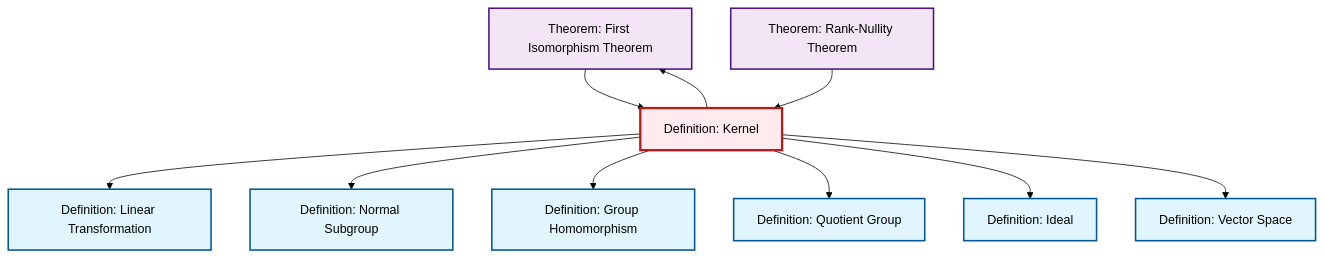
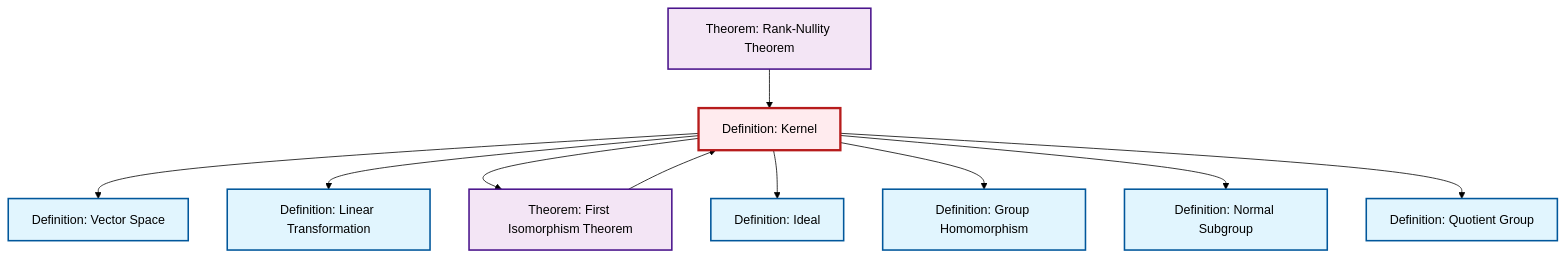
The diagram in content/en/algebra/def-kernel.qmd (RK0429/ModernMath), drawn with Mermaid (forest theme) before and after one commit. The commit also changed other lines of this file and 531 other files, not shown here.

````diff
--- a/content/en/algebra/def-kernel.qmd
+++ b/content/en/algebra/def-kernel.qmd
@@ -79,36 +79,36 @@
 ```{mermaid}
 %%| fig-cap: "Local dependency graph"
 graph TD
     classDef definition fill:#e1f5fe,stroke:#01579b,stroke-width:2px
     classDef theorem fill:#f3e5f5,stroke:#4a148c,stroke-width:2px
     classDef axiom fill:#fff3e0,stroke:#e65100,stroke-width:2px
     classDef example fill:#e8f5e9,stroke:#1b5e20,stroke-width:2px
     classDef current fill:#ffebee,stroke:#b71c1c,stroke-width:3px
+    def-ideal["Definition: Ideal"]:::definition
+    def-quotient-group["Definition: Quotient Group"]:::definition
+    thm-rank-nullity["Theorem: Rank-Nullity Theorem"]:::theorem
+    thm-first-isomorphism["Theorem: First Isomorphism Theorem"]:::theorem
     def-normal-subgroup["Definition: Normal Subgroup"]:::definition
-    thm-first-isomorphism["Theorem: First Isomorphism Theorem"]:::theorem
+    def-linear-transformation["Definition: Linear Transformation"]:::definition
+    def-vector-space["Definition: Vector Space"]:::definition
     def-kernel["Definition: Kernel"]:::definition
-    def-ideal["Definition: Ideal"]:::definition
     def-homomorphism["Definition: Group Homomorphism"]:::definition
-    thm-rank-nullity["Theorem: Rank-Nullity Theorem"]:::theorem
-    def-vector-space["Definition: Vector Space"]:::definition
-    def-quotient-group["Definition: Quotient Group"]:::definition
-    def-linear-transformation["Definition: Linear Transformation"]:::definition
+    def-kernel --> def-vector-space
     def-kernel --> def-linear-transformation
+    def-kernel --> thm-first-isomorphism
+    def-kernel --> def-ideal
+    def-kernel --> def-homomorphism
+    def-kernel --> def-normal-subgroup
+    def-kernel --> def-quotient-group
     thm-first-isomorphism --> def-kernel
-    def-kernel --> def-normal-subgroup
     thm-rank-nullity --> def-kernel
-    def-kernel --> def-homomorphism
-    def-kernel --> def-quotient-group
-    def-kernel --> def-ideal
-    def-kernel --> thm-first-isomorphism
-    def-kernel --> def-vector-space
     class def-kernel current
+    click def-ideal "def-ideal.html" "Go to Ideal definition"
+    click def-quotient-group "def-quotient-group.html" "Go to Quotient Group definition"
+    click thm-rank-nullity "thm-rank-nullity.html" "Go to Rank-Nullity Theorem theorem"
+    click thm-first-isomorphism "thm-first-isomorphism.html" "Go to First Isomorphism Theorem theorem"
     click def-normal-subgroup "def-normal-subgroup.html" "Go to Normal Subgroup definition"
-    click thm-first-isomorphism "thm-first-isomorphism.html" "Go to First Isomorphism Theorem theorem"
-    click def-ideal "def-ideal.html" "Go to Ideal definition"
+    click def-linear-transformation "def-linear-transformation.html" "Go to Linear Transformation definition"
+    click def-vector-space "def-vector-space.html" "Go to Vector Space definition"
     click def-homomorphism "def-homomorphism.html" "Go to Group Homomorphism definition"
-    click thm-rank-nullity "thm-rank-nullity.html" "Go to Rank-Nullity Theorem theorem"
-    click def-vector-space "def-vector-space.html" "Go to Vector Space definition"
-    click def-quotient-group "def-quotient-group.html" "Go to Quotient Group definition"
-    click def-linear-transformation "def-linear-transformation.html" "Go to Linear Transformation definition"
 ```
````
